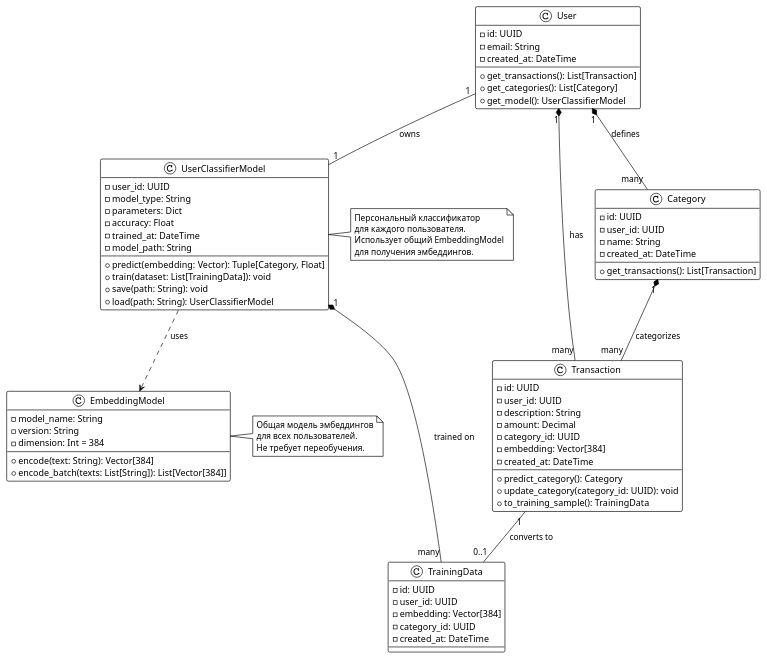
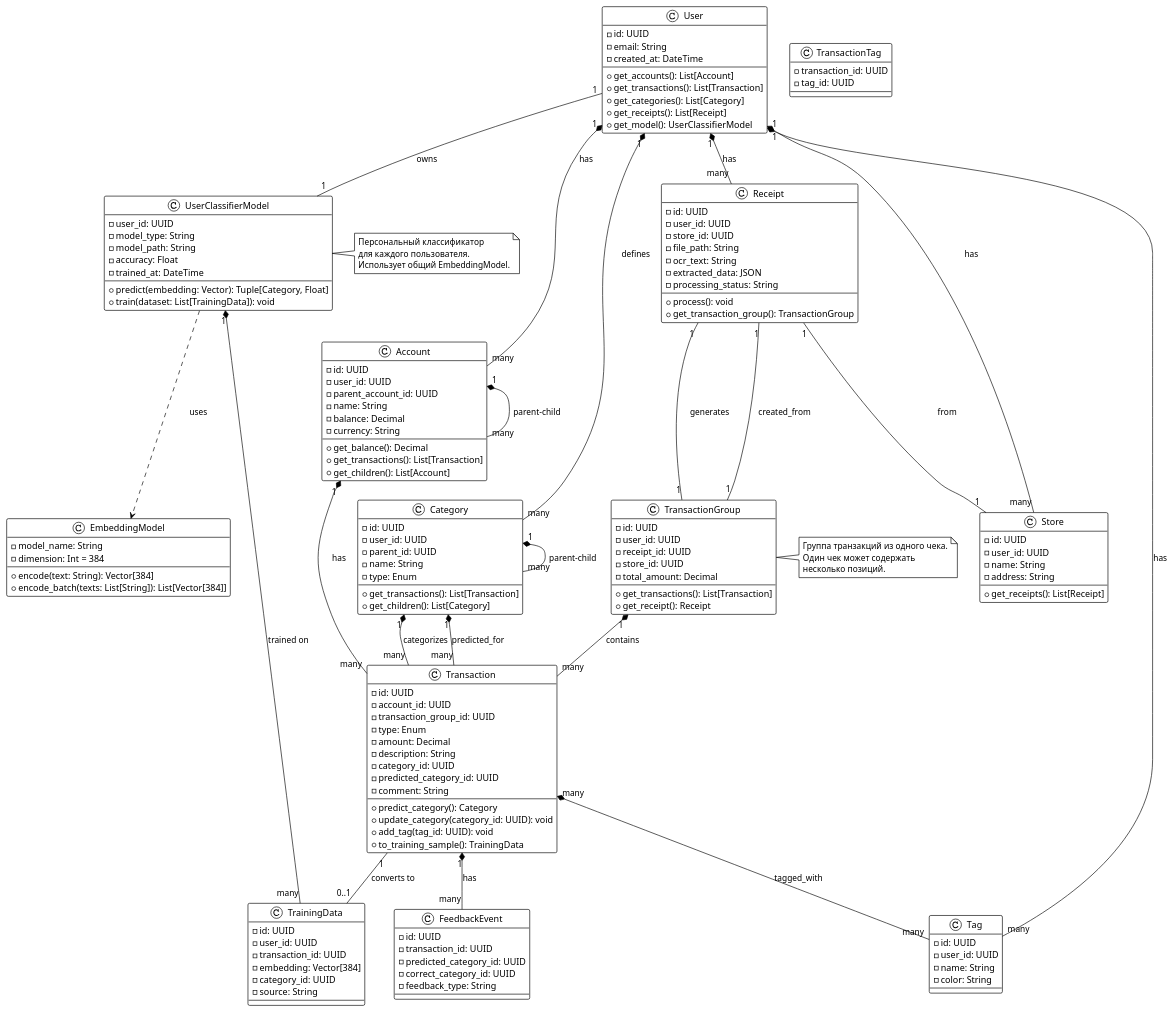
The sixth of 7 diagrams in docs/adr/001-global-adr.md (MoneyCluster/CategorAIze), drawn with PlantUML before and after one commit. The commit also changed other lines of this file, not shown here.

Commit message:
Update UML diagrams

```diff
--- a/docs/adr/001-global-adr.md
+++ b/docs/adr/001-global-adr.md
@@ -545,81 +779,166 @@
   - id: UUID
   - email: String
   - created_at: DateTime
+  + get_accounts(): List[Account]
   + get_transactions(): List[Transaction]
   + get_categories(): List[Category]
+  + get_receipts(): List[Receipt]
   + get_model(): UserClassifierModel
 }
 
-class Transaction {
+class Account {
   - id: UUID
   - user_id: UUID
-  - description: String
-  - amount: Decimal
-  - category_id: UUID
-  - embedding: Vector[384]
-  - created_at: DateTime
-  + predict_category(): Category
-  + update_category(category_id: UUID): void
-  + to_training_sample(): TrainingData
+  - parent_account_id: UUID
+  - name: String
+  - balance: Decimal
+  - currency: String
+  + get_balance(): Decimal
+  + get_transactions(): List[Transaction]
+  + get_children(): List[Account]
 }
 
 class Category {
   - id: UUID
   - user_id: UUID
+  - parent_id: UUID
   - name: String
-  - created_at: DateTime
+  - type: Enum
   + get_transactions(): List[Transaction]
+  + get_children(): List[Category]
+}
+
+class Transaction {
+  - id: UUID
+  - account_id: UUID
+  - transaction_group_id: UUID
+  - type: Enum
+  - amount: Decimal
+  - description: String
+  - category_id: UUID
+  - predicted_category_id: UUID
+  - comment: String
+  + predict_category(): Category
+  + update_category(category_id: UUID): void
+  + add_tag(tag_id: UUID): void
+  + to_training_sample(): TrainingData
+}
+
+class TransactionGroup {
+  - id: UUID
+  - user_id: UUID
+  - receipt_id: UUID
+  - store_id: UUID
+  - total_amount: Decimal
+  + get_transactions(): List[Transaction]
+  + get_receipt(): Receipt
+}
+
+class Receipt {
+  - id: UUID
+  - user_id: UUID
+  - store_id: UUID
+  - file_path: String
+  - ocr_text: String
+  - extracted_data: JSON
+  - processing_status: String
+  + process(): void
+  + get_transaction_group(): TransactionGroup
+}
+
+class Store {
+  - id: UUID
+  - user_id: UUID
+  - name: String
+  - address: String
+  + get_receipts(): List[Receipt]
+}
+
+class Tag {
+  - id: UUID
+  - user_id: UUID
+  - name: String
+  - color: String
+}
+
+class TransactionTag {
+  - transaction_id: UUID
+  - tag_id: UUID
 }
 
 class TrainingData {
   - id: UUID
   - user_id: UUID
+  - transaction_id: UUID
   - embedding: Vector[384]
   - category_id: UUID
-  - created_at: DateTime
+  - source: String
 }
 
 class UserClassifierModel {
   - user_id: UUID
   - model_type: String
-  - parameters: Dict
+  - model_path: String
   - accuracy: Float
   - trained_at: DateTime
-  - model_path: String
   + predict(embedding: Vector): Tuple[Category, Float]
   + train(dataset: List[TrainingData]): void
-  + save(path: String): void
-  + load(path: String): UserClassifierModel
 }
 
 class EmbeddingModel {
   - model_name: String
-  - version: String
   - dimension: Int = 384
   + encode(text: String): Vector[384]
   + encode_batch(texts: List[String]): List[Vector[384]]
 }
 
+class FeedbackEvent {
+  - id: UUID
+  - transaction_id: UUID
+  - predicted_category_id: UUID
+  - correct_category_id: UUID
+  - feedback_type: String
+}
+
 ' Relationships
-User "1" *-- "many" Transaction : has
+User "1" *-- "many" Account : has
 User "1" *-- "many" Category : defines
+User "1" *-- "many" Receipt : has
+User "1" *-- "many" Store : has
+User "1" *-- "many" Tag : has
 User "1" -- "1" UserClassifierModel : owns
+
+Account "1" *-- "many" Account : parent-child
+Account "1" *-- "many" Transaction : has
+
+Category "1" *-- "many" Category : parent-child
 Category "1" *-- "many" Transaction : categorizes
+Category "1" *-- "many" Transaction : predicted_for
+
+TransactionGroup "1" *-- "many" Transaction : contains
+TransactionGroup "1" -- "1" Receipt : created_from
+
+Receipt "1" -- "1" Store : from
+Receipt "1" -- "1" TransactionGroup : generates
+
+Transaction "many" *-- "many" Tag : tagged_with
+
 Transaction "1" -- "0..1" TrainingData : converts to
 UserClassifierModel "1" *-- "many" TrainingData : trained on
 UserClassifierModel ..> EmbeddingModel : uses
 
+Transaction "1" *-- "many" FeedbackEvent : has
+
 note right of UserClassifierModel
   Персональный классификатор
   для каждого пользователя.
-  Использует общий EmbeddingModel
-  для получения эмбеддингов.
+  Использует общий EmbeddingModel.
 end note
 
-note right of EmbeddingModel
-  Общая модель эмбеддингов
-  для всех пользователей.
-  Не требует переобучения.
+note right of TransactionGroup
+  Группа транзакций из одного чека.
+  Один чек может содержать
+  несколько позиций.
 end note
 
 @enduml
```
